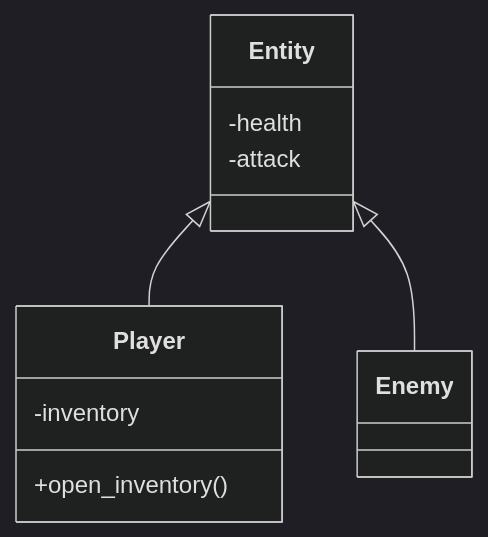
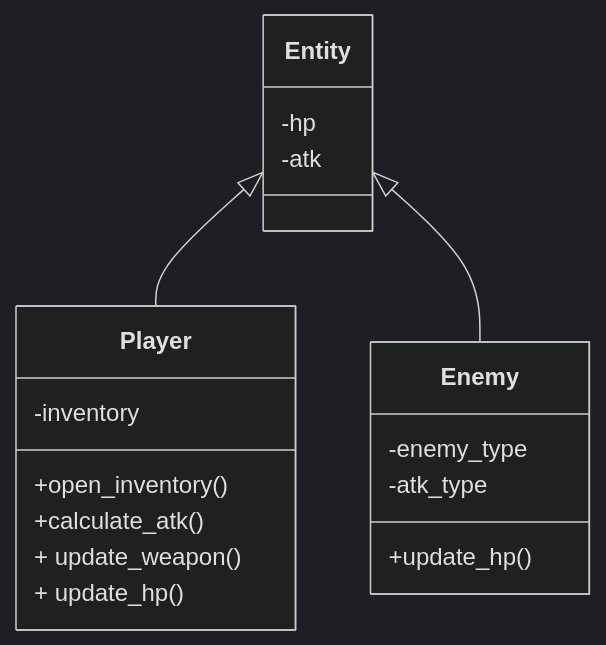
Before and after one commit to edward-yee-ny/j1-summary-project-private-: the third of 3 diagrams in README.md, drawn with Mermaid (dark theme). The commit also changed other lines of this file, not shown here.

````diff
--- a/README.md
+++ b/README.md
@@ -89,9 +90,15 @@
 ```mermaid
 classDiagram
     Entity <|-- Player
     Entity <|-- Enemy
-    Entity : -health
-    Entity : -attack
+    Entity : -hp
+    Entity : -atk
     Player : -inventory
     Player : +open_inventory()
+    Player : +calculate_atk()
+    Player : + update_weapon()
+    Player : + update_hp()
+    Enemy : -enemy_type
+    Enemy : -atk_type
+    Enemy : +update_hp()
 ```
````
